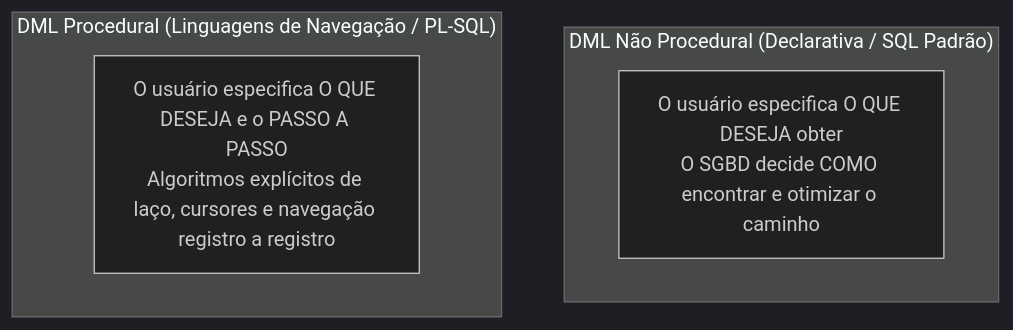
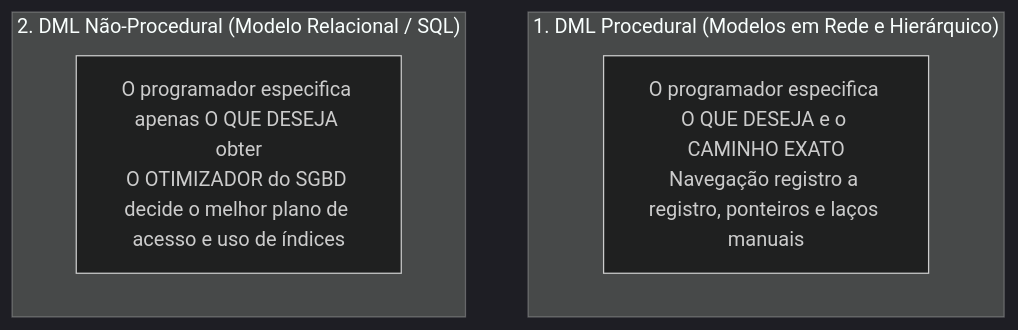
The second of 3 diagrams in 02. Modelagem de Dados/04. Linguagens de banco de dados e perfis profissionais (ad vs. dba).md (leorruas/puc), drawn with Mermaid (dark theme) before and after one commit. The commit also changed other lines of this file, not shown here.

Commit message:
feat(modelagem-dados): integrate user lecture notes on DDL/DML, DML types and roles into article 04

````diff
--- a/02. Modelagem de Dados/04. Linguagens de banco de dados e perfis profissionais (ad vs. dba).md
+++ b/02. Modelagem de Dados/04. Linguagens de banco de dados e perfis profissionais (ad vs. dba).md
@@ -93,10 +81,10 @@
 ```mermaid
 flowchart TD
-    subgraph SubgraphNaoProcedural["DML Não Procedural (Declarativa / SQL Padrão)"]
-        Decl["O usuário especifica O QUE DESEJA obter<br>O SGBD decide COMO encontrar e otimizar o caminho"]
+    subgraph SubgraphProcedural["1. DML Procedural (Modelos em Rede e Hierárquico)"]
+        Proc["O programador especifica O QUE DESEJA e o CAMINHO EXATO<br>Navegação registro a registro, ponteiros e laços manuais"]
     end
 
-    subgraph SubgraphProcedural["DML Procedural (Linguagens de Navegação / PL-SQL)"]
-        Proc["O usuário especifica O QUE DESEJA e o PASSO A PASSO<br>Algoritmos explícitos de laço, cursores e navegação registro a registro"]
+    subgraph SubgraphNaoProcedural["2. DML Não-Procedural (Modelo Relacional / SQL)"]
+        NaoProc["O programador especifica apenas O QUE DESEJA obter<br>O OTIMIZADOR do SGBD decide o melhor plano de acesso e uso de índices"]
     end
 ```
````
